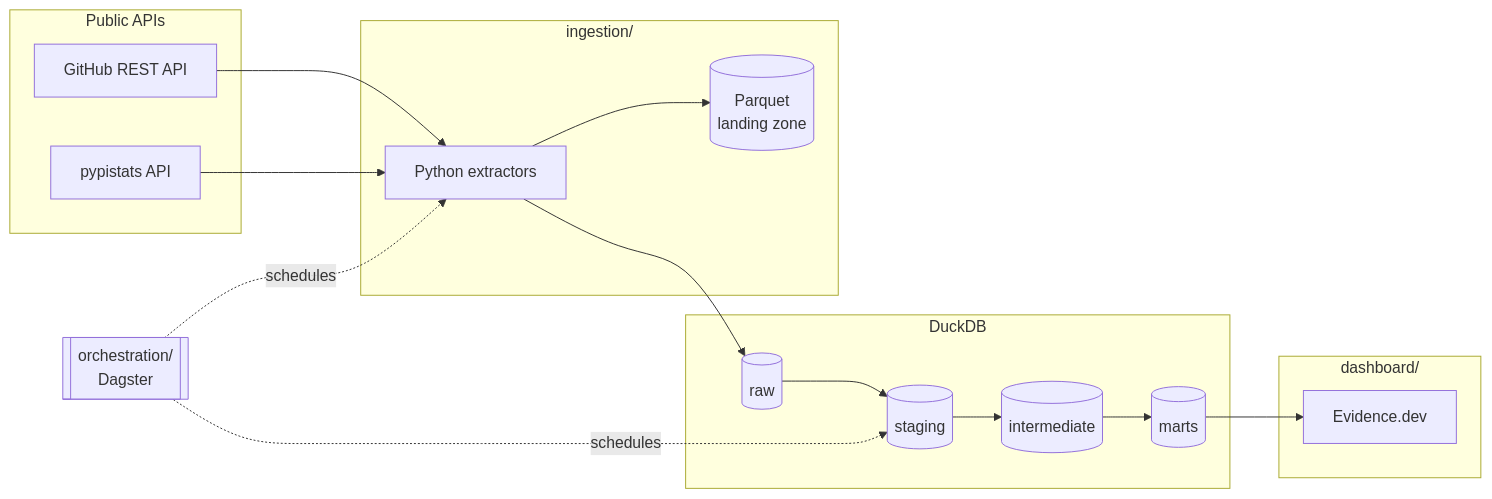
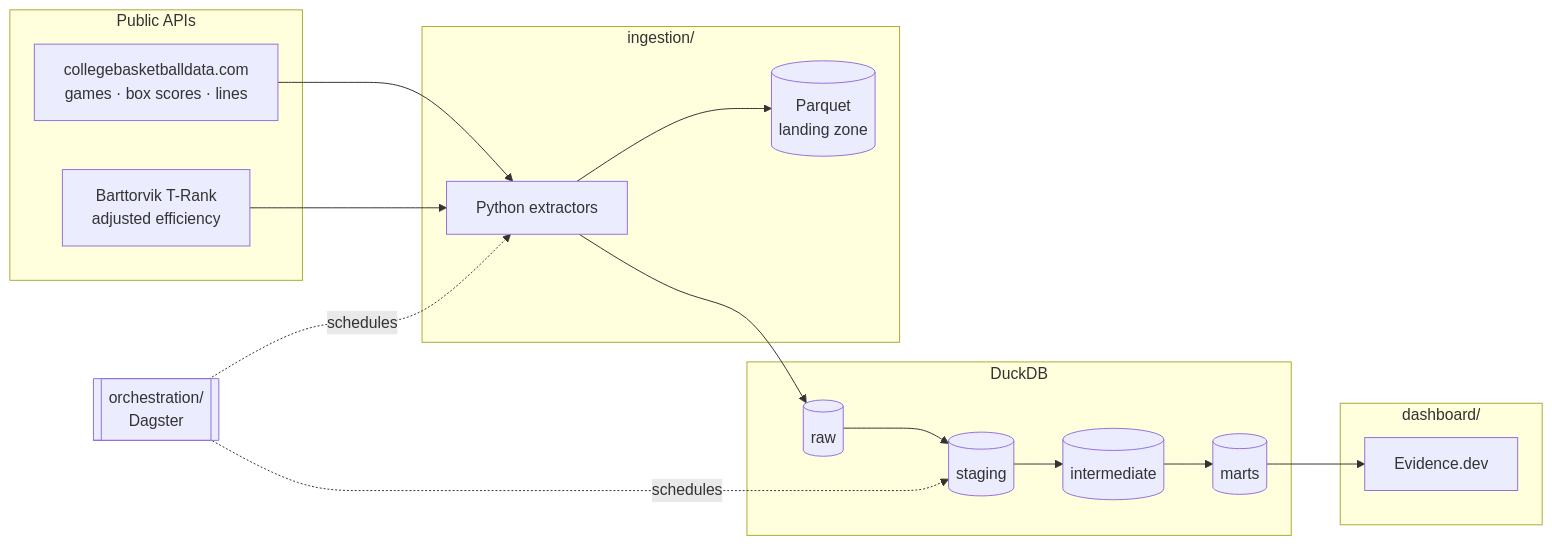
Before and after one commit to CameronSpilker/full-data-stack-lab: the diagram in README.md, drawn with Mermaid. The commit also changed other lines of this file and 102 other files, not shown here.

````diff
--- a/README.md
+++ b/README.md
@@ -18,33 +18,33 @@
 ```mermaid
 flowchart LR
     subgraph sources[Public APIs]
-        gh[GitHub REST API]
-        pypi[pypistats API]
+        cbd[collegebasketballdata.com<br/>games · box scores · lines]
+        torvik[Barttorvik T-Rank<br/>adjusted efficiency]
     end
 
     subgraph ingest[ingestion/]
         extract[Python extractors]
         parquet[(Parquet<br/>landing zone)]
     end
 
     subgraph warehouse[DuckDB]
         raw[(raw)]
         stg[(staging)]
         int[(intermediate)]
         marts[(marts)]
     end
 
     subgraph present[dashboard/]
         evidence[Evidence.dev]
     end
 
-    gh --> extract
-    pypi --> extract
+    cbd --> extract
+    torvik --> extract
     extract --> parquet
     extract --> raw
     raw --> stg --> int --> marts
     marts --> evidence
 
     dagster[["orchestration/<br/>Dagster"]] -.schedules.-> extract
     dagster -.schedules.-> stg
 ```
````
